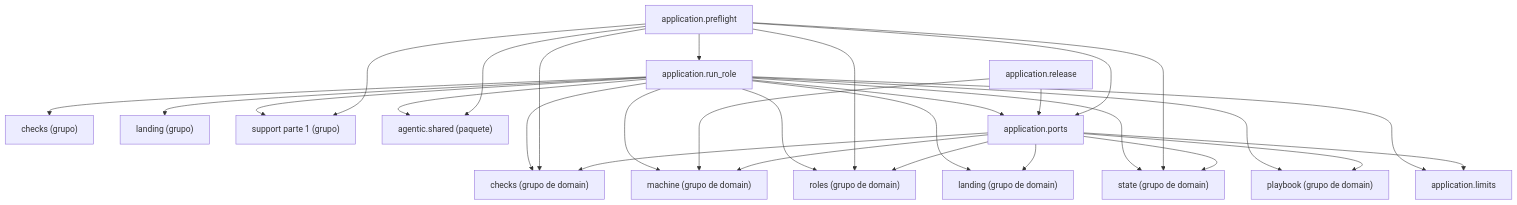
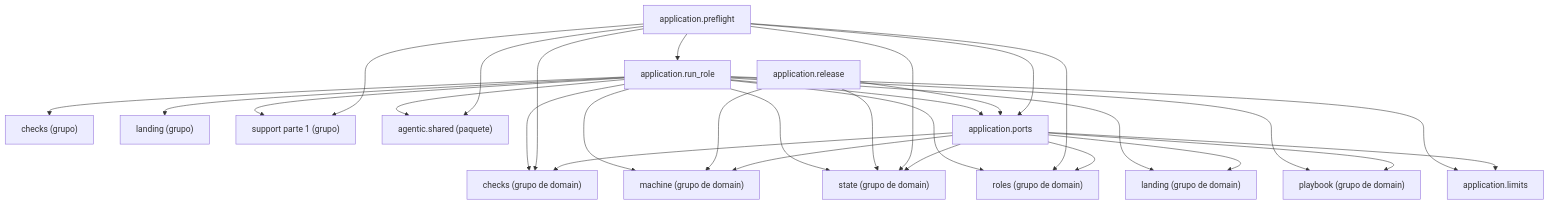
One commit to GonzaloZevallos/agentic-system changed the diagram in docs/architecture/generated/packages-process-application-support-2.md. Above: the diagram before and after it, drawn with Mermaid. The commit also changed 1 other file, not shown here.

Commit message:
Regenerate the architecture docs for the worktree release lapse

````diff
--- a/docs/architecture/generated/packages-process-application-support-2.md
+++ b/docs/architecture/generated/packages-process-application-support-2.md
@@ -17,46 +17,47 @@
 ```mermaid
 graph TD
     g_application__checks["checks (grupo)"]
     g_application__landing["landing (grupo)"]
     g_application__support__1["support parte 1 (grupo)"]
     g_domain__checks["checks (grupo de domain)"]
     g_domain__landing["landing (grupo de domain)"]
     g_domain__machine["machine (grupo de domain)"]
     g_domain__playbook["playbook (grupo de domain)"]
     g_domain__roles["roles (grupo de domain)"]
     g_domain__state["state (grupo de domain)"]
     g_pkg__agentic__shared["agentic.shared (paquete)"]
     m_application__limits["application.limits"]
     m_application__ports["application.ports"]
     m_application__preflight["application.preflight"]
     m_application__release["application.release"]
     m_application__run_role["application.run_role"]
     m_application__ports --> g_domain__checks
     m_application__ports --> g_domain__landing
     m_application__ports --> g_domain__machine
     m_application__ports --> g_domain__playbook
     m_application__ports --> g_domain__roles
     m_application__ports --> g_domain__state
     m_application__ports --> m_application__limits
     m_application__preflight --> g_application__support__1
     m_application__preflight --> g_domain__checks
     m_application__preflight --> g_domain__roles
     m_application__preflight --> g_domain__state
     m_application__preflight --> g_pkg__agentic__shared
     m_application__preflight --> m_application__ports
     m_application__preflight --> m_application__run_role
     m_application__release --> g_domain__machine
+    m_application__release --> g_domain__state
     m_application__release --> m_application__ports
     m_application__run_role --> g_application__checks
     m_application__run_role --> g_application__landing
     m_application__run_role --> g_application__support__1
     m_application__run_role --> g_domain__checks
     m_application__run_role --> g_domain__landing
     m_application__run_role --> g_domain__machine
     m_application__run_role --> g_domain__playbook
     m_application__run_role --> g_domain__roles
     m_application__run_role --> g_domain__state
     m_application__run_role --> g_pkg__agentic__shared
     m_application__run_role --> m_application__limits
     m_application__run_role --> m_application__ports
 ```
````
